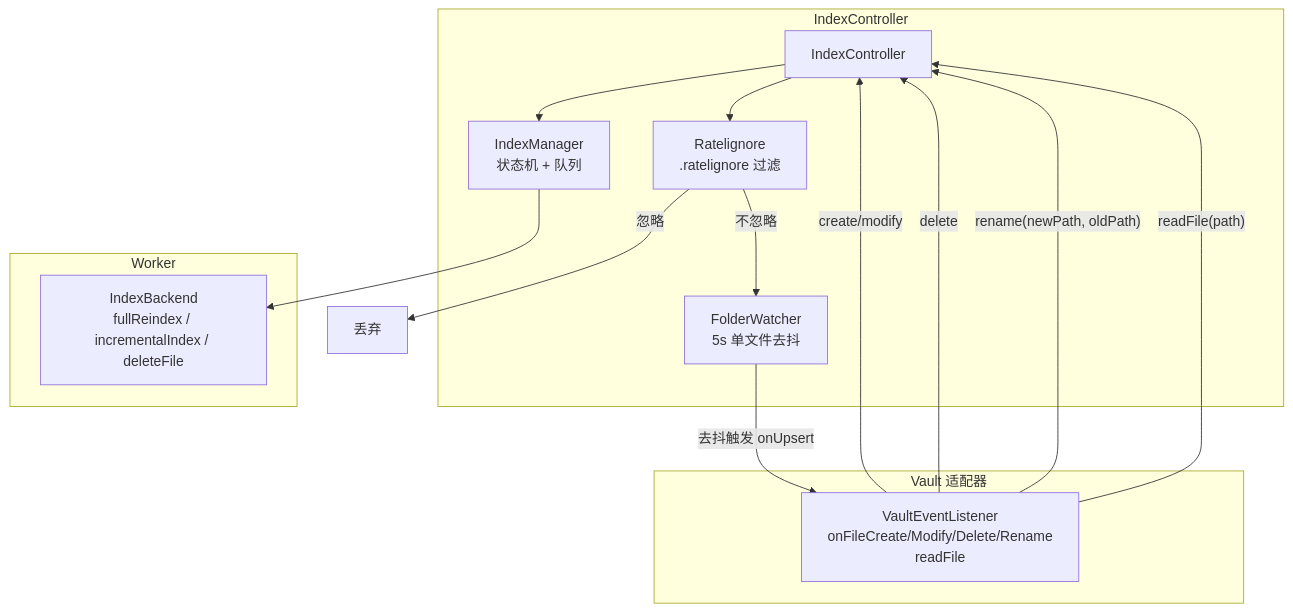
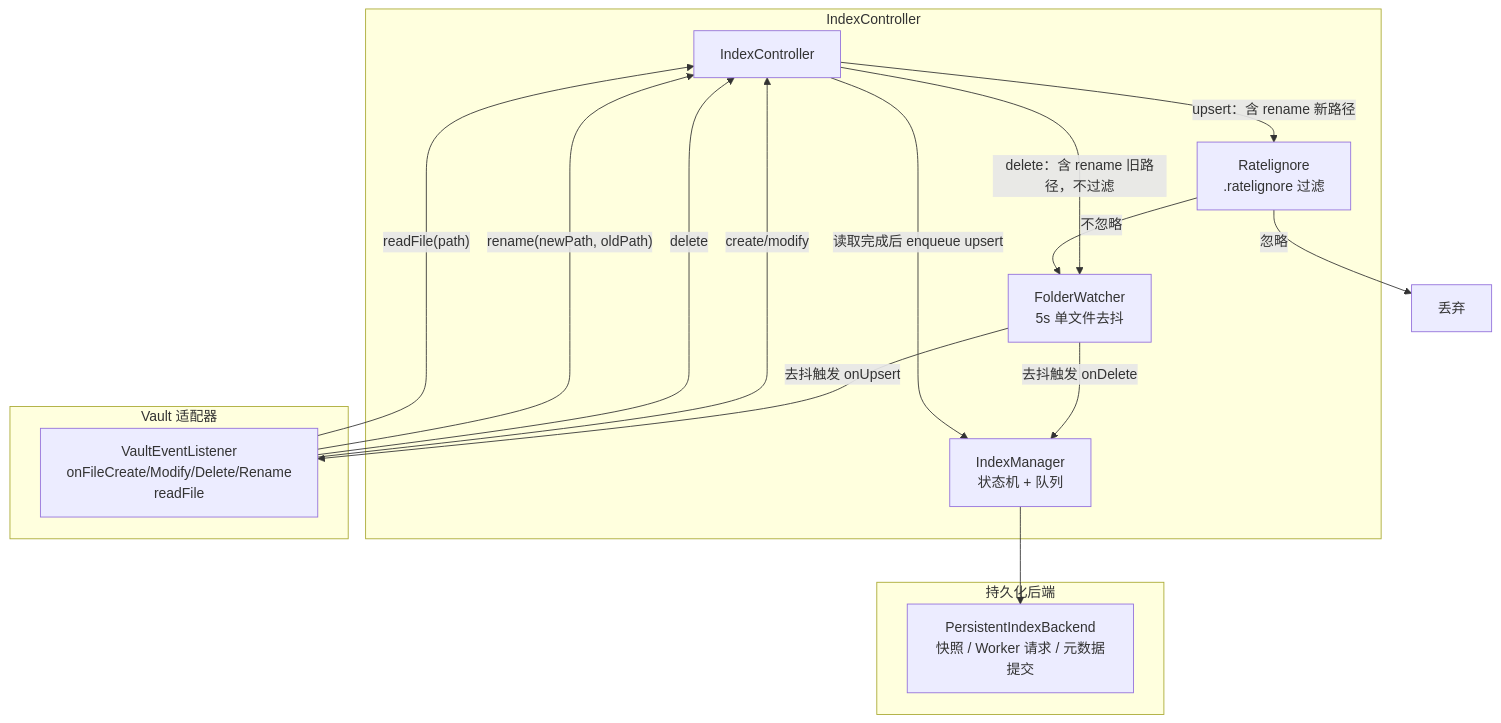
One commit to golddream-y/obsidian-ratel changed the first of 4 diagrams in docs/architecture/host/index-controller.md. Above: the diagram before and after it, drawn with Mermaid. The commit also changed other lines of this file and 9 other files, not shown here.

````diff
--- a/docs/architecture/host/index-controller.md
+++ b/docs/architecture/host/index-controller.md
@@ -53,28 +53,30 @@
 ```mermaid
 graph TB
     subgraph "IndexController"
         IC["IndexController"]
         IM["IndexManager<br/>状态机 + 队列"]
         FW["FolderWatcher<br/>5s 单文件去抖"]
         RI["Ratelignore<br/>.ratelignore 过滤"]
     end
 
     subgraph "Vault 适配器"
         V["VaultEventListener<br/>onFileCreate/Modify/Delete/Rename<br/>readFile"]
     end
 
-    subgraph "Worker"
-        WP["IndexBackend<br/>fullReindex / incrementalIndex / deleteFile"]
+    subgraph "持久化后端"
+        WP["PersistentIndexBackend<br/>快照 / Worker 请求 / 元数据提交"]
     end
 
     V -->|"create/modify"| IC
     V -->|"delete"| IC
     V -->|"rename(newPath, oldPath)"| IC
-    IC --> RI
+    IC -->|"upsert：含 rename 新路径"| RI
+    IC -->|"delete：含 rename 旧路径，不过滤"| FW
     RI -->|"不忽略"| FW
     RI -->|"忽略"| DROP["丢弃"]
+    FW -->|"去抖触发 onDelete"| IM
     FW -->|"去抖触发 onUpsert"| V
     V -->|"readFile(path)"| IC
-    IC --> IM
+    IC -->|"读取完成后 enqueue upsert"| IM
     IM --> WP
 ```
````
